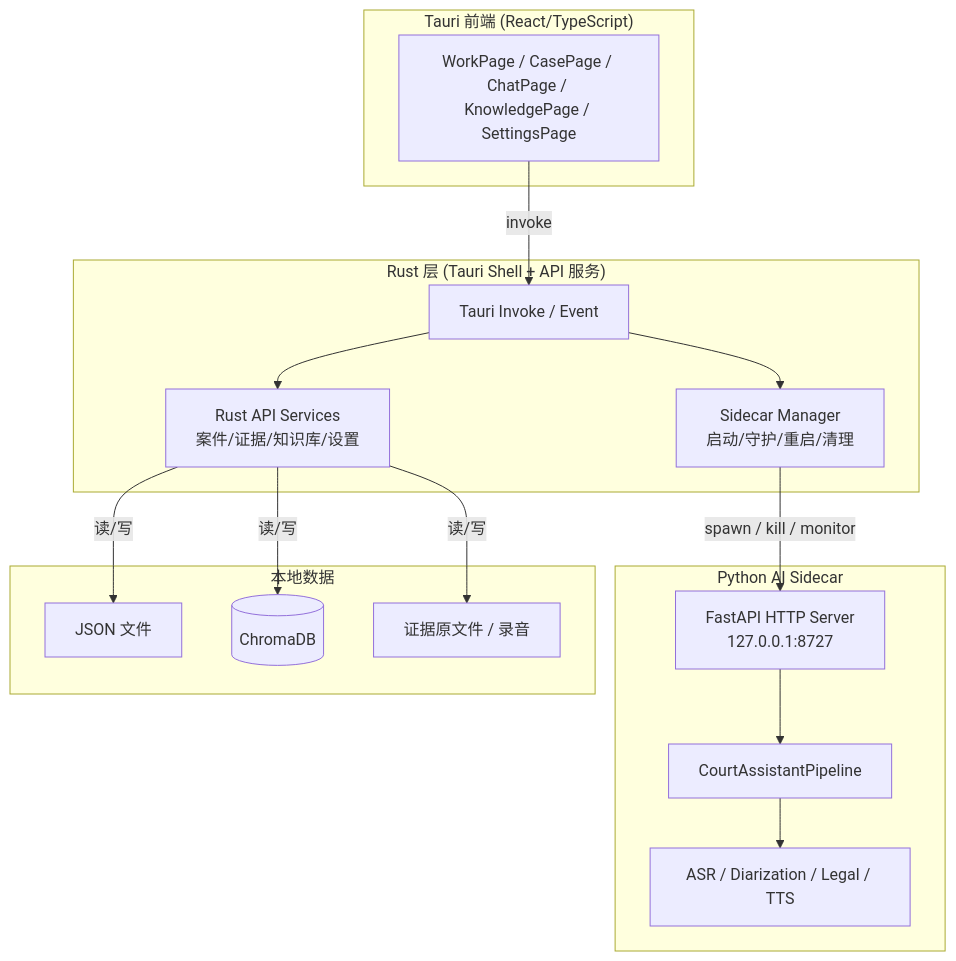
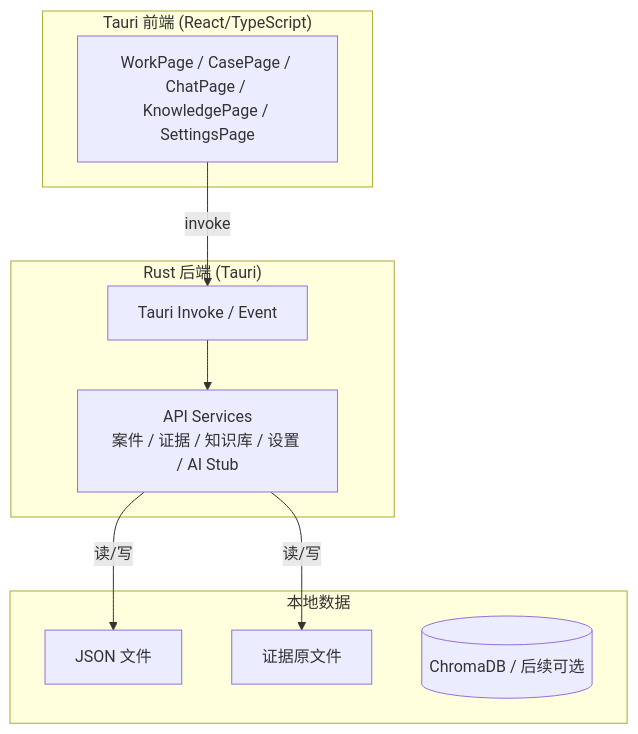
Before and after one commit to ROGGE668/metascend-court-assistant: the diagram in docs/tech-spec-backend.md, drawn with Mermaid. The commit also changed other lines of this file and 75 other files, not shown here.

First line of the commit message:
refactor: remove Python backend and migrate to Rust-only backend

````diff
--- a/docs/tech-spec-backend.md
+++ b/docs/tech-spec-backend.md
@@ -18,34 +14,22 @@
 ```mermaid
 flowchart TB
     subgraph Frontend["Tauri 前端 (React/TypeScript)"]
         UI[WorkPage / CasePage / ChatPage / KnowledgePage / SettingsPage]
     end
 
-    subgraph RustLayer["Rust 层 (Tauri Shell + API 服务)"]
+    subgraph RustLayer["Rust 后端 (Tauri)"]
         IPC[Tauri Invoke / Event]
-        SidecarMgr["Sidecar Manager<br/>启动/守护/重启/清理"]
-        APISvc["Rust API Services<br/>案件/证据/知识库/设置"]
-    end
-
-    subgraph PythonLayer["Python AI Sidecar"]
-        FastAPI[FastAPI HTTP Server<br/>127.0.0.1:8727]
-        Pipeline[CourtAssistantPipeline]
-        Models[ASR / Diarization / Legal / TTS]
+        APISvc["API Services<br/>案件 / 证据 / 知识库 / 设置 / AI Stub"]
     end
 
     subgraph Data["本地数据"]
         JSON[JSON 文件]
-        Chroma[(ChromaDB)]
-        Files[证据原文件 / 录音]
+        Files[证据原文件]
+        Chroma[(ChromaDB / 后续可选)]
     end
 
     UI -->|invoke| IPC
-    IPC --> SidecarMgr
     IPC --> APISvc
     APISvc -->|读/写| JSON
-    APISvc -->|读/写| Chroma
     APISvc -->|读/写| Files
-    SidecarMgr -->|spawn / kill / monitor| FastAPI
-    FastAPI --> Pipeline
-    Pipeline --> Models
 ```
````
